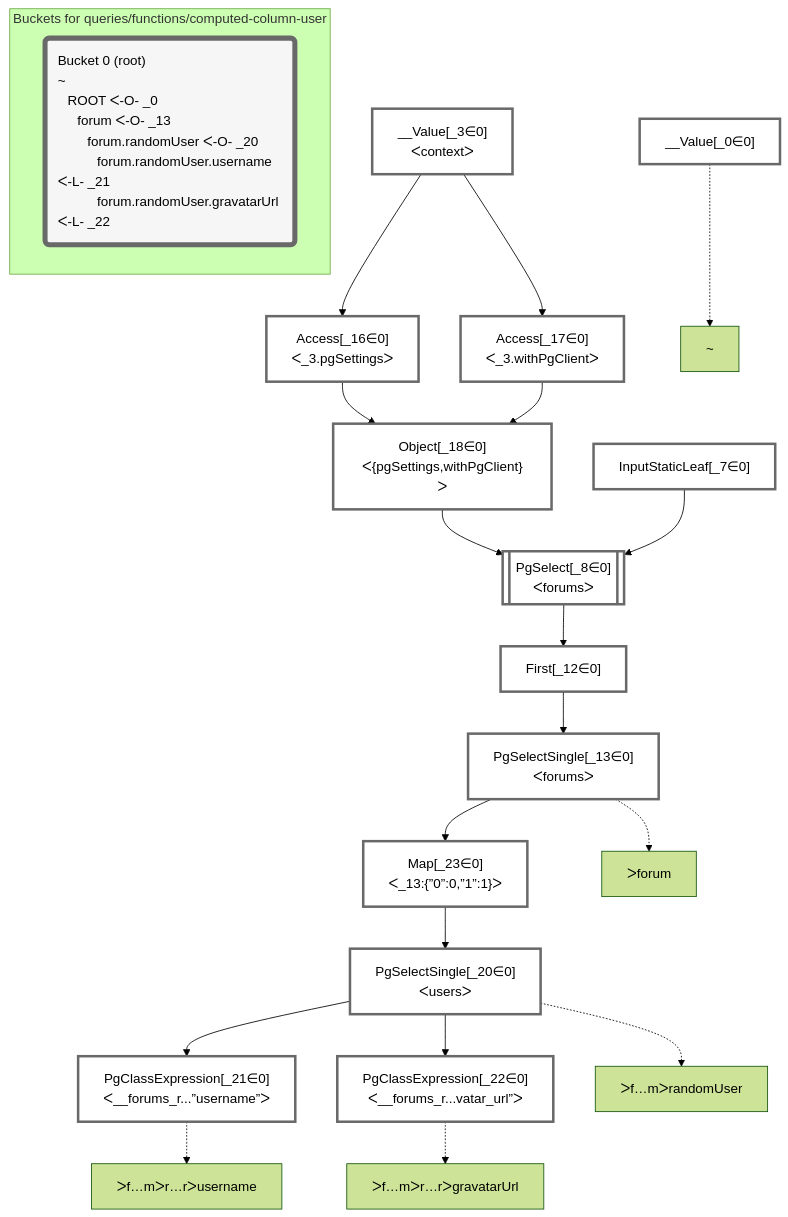
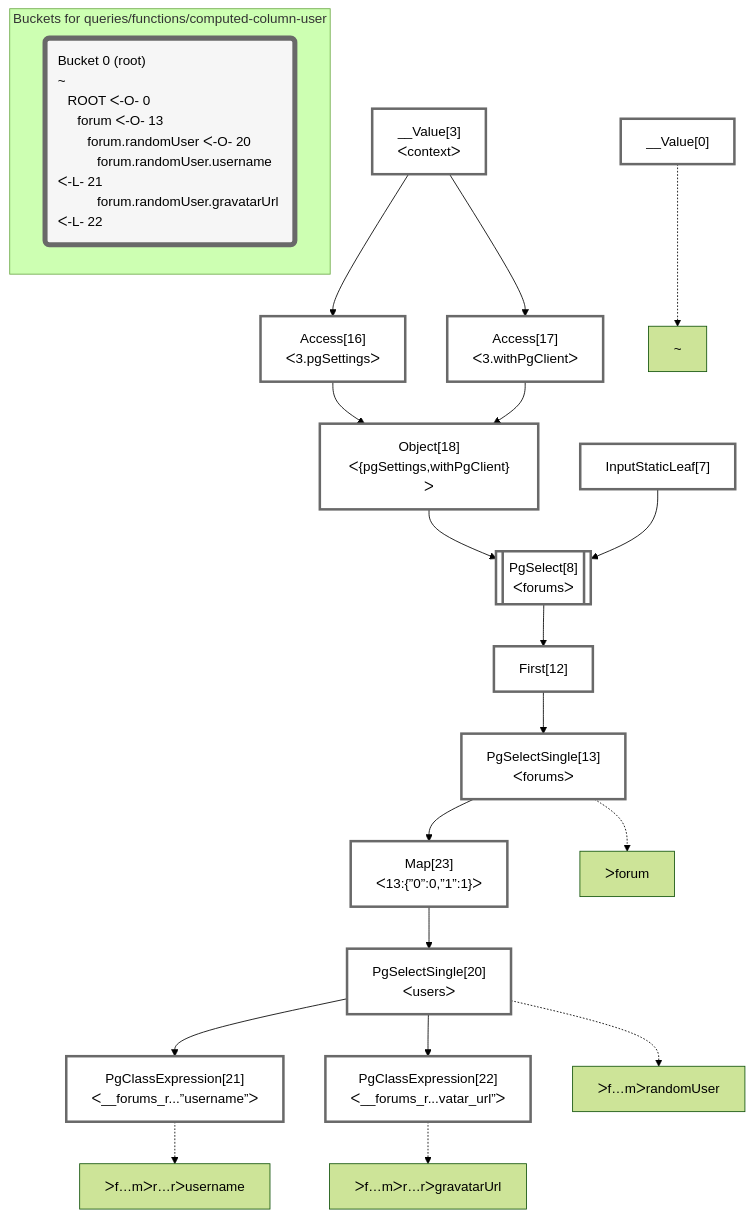
One commit to graphile/crystal changed the diagram in packages/dataplan-pg/__tests__/queries/functions/computed-column-user.mermaid.md. Above: the diagram before and after it, drawn with Mermaid (forest theme). The commit also changed 195 other files, not shown here.

````diff
--- a/packages/dataplan-pg/__tests__/queries/functions/computed-column-user.mermaid.md
+++ b/packages/dataplan-pg/__tests__/queries/functions/computed-column-user.mermaid.md
@@ -1,54 +1,54 @@
 ```mermaid
 graph TD
     classDef path fill:#eee,stroke:#000,color:#000
     classDef plan fill:#fff,stroke-width:3px,color:#000
     classDef itemplan fill:#fff,stroke-width:6px,color:#000
     classDef sideeffectplan fill:#f00,stroke-width:6px,color:#000
     classDef bucket fill:#f6f6f6,color:#000,stroke-width:6px,text-align:left
 
 
     %% define plans
-    __Value_0["__Value[_0∈0]"]:::plan
-    PgClassExpression_21["PgClassExpression[_21∈0]<br />ᐸ__forums_r...”username”ᐳ"]:::plan
-    PgClassExpression_22["PgClassExpression[_22∈0]<br />ᐸ__forums_r...vatar_url”ᐳ"]:::plan
-    PgSelectSingle_20["PgSelectSingle[_20∈0]<br />ᐸusersᐳ"]:::plan
-    Map_23["Map[_23∈0]<br />ᐸ_13:{”0”:0,”1”:1}ᐳ"]:::plan
-    PgSelectSingle_13["PgSelectSingle[_13∈0]<br />ᐸforumsᐳ"]:::plan
-    First_12["First[_12∈0]"]:::plan
-    PgSelect_8[["PgSelect[_8∈0]<br />ᐸforumsᐳ"]]:::plan
-    Object_18["Object[_18∈0]<br />ᐸ{pgSettings,withPgClient}ᐳ"]:::plan
-    Access_16["Access[_16∈0]<br />ᐸ_3.pgSettingsᐳ"]:::plan
-    Access_17["Access[_17∈0]<br />ᐸ_3.withPgClientᐳ"]:::plan
-    __Value_3["__Value[_3∈0]<br />ᐸcontextᐳ"]:::plan
-    InputStaticLeaf_7["InputStaticLeaf[_7∈0]"]:::plan
+    __Value0["__Value[0]"]:::plan
+    PgClassExpression21["PgClassExpression[21]<br />ᐸ__forums_r...”username”ᐳ"]:::plan
+    PgClassExpression22["PgClassExpression[22]<br />ᐸ__forums_r...vatar_url”ᐳ"]:::plan
+    PgSelectSingle20["PgSelectSingle[20]<br />ᐸusersᐳ"]:::plan
+    Map23["Map[23]<br />ᐸ13:{”0”:0,”1”:1}ᐳ"]:::plan
+    PgSelectSingle13["PgSelectSingle[13]<br />ᐸforumsᐳ"]:::plan
+    First12["First[12]"]:::plan
+    PgSelect8[["PgSelect[8]<br />ᐸforumsᐳ"]]:::plan
+    Object18["Object[18]<br />ᐸ{pgSettings,withPgClient}ᐳ"]:::plan
+    Access16["Access[16]<br />ᐸ3.pgSettingsᐳ"]:::plan
+    Access17["Access[17]<br />ᐸ3.withPgClientᐳ"]:::plan
+    __Value3["__Value[3]<br />ᐸcontextᐳ"]:::plan
+    InputStaticLeaf7["InputStaticLeaf[7]"]:::plan
 
     %% plan dependencies
-    PgSelectSingle_20 --> PgClassExpression_21
-    PgSelectSingle_20 --> PgClassExpression_22
-    Map_23 --> PgSelectSingle_20
-    PgSelectSingle_13 --> Map_23
-    First_12 --> PgSelectSingle_13
-    PgSelect_8 --> First_12
-    Object_18 & InputStaticLeaf_7 --> PgSelect_8
-    Access_16 & Access_17 --> Object_18
-    __Value_3 --> Access_16
-    __Value_3 --> Access_17
+    PgSelectSingle20 --> PgClassExpression21
+    PgSelectSingle20 --> PgClassExpression22
+    Map23 --> PgSelectSingle20
+    PgSelectSingle13 --> Map23
+    First12 --> PgSelectSingle13
+    PgSelect8 --> First12
+    Object18 & InputStaticLeaf7 --> PgSelect8
+    Access16 & Access17 --> Object18
+    __Value3 --> Access16
+    __Value3 --> Access17
 
     %% plan-to-path relationships
-    P_0["~"]
-    __Value_0 -.-> P_0
-    P_13["ᐳforum"]
-    PgSelectSingle_13 -.-> P_13
-    P_20["ᐳf…mᐳrandomUser"]
-    PgSelectSingle_20 -.-> P_20
-    P_21["ᐳf…mᐳr…rᐳusername"]
-    PgClassExpression_21 -.-> P_21
-    P_22["ᐳf…mᐳr…rᐳgravatarUrl"]
-    PgClassExpression_22 -.-> P_22
+    P0["~"]
+    __Value0 -.-> P0
+    P13["ᐳforum"]
+    PgSelectSingle13 -.-> P13
+    P20["ᐳf…mᐳrandomUser"]
+    PgSelectSingle20 -.-> P20
+    P21["ᐳf…mᐳr…rᐳusername"]
+    PgClassExpression21 -.-> P21
+    P22["ᐳf…mᐳr…rᐳgravatarUrl"]
+    PgClassExpression22 -.-> P22
 
     subgraph "Buckets for queries/functions/computed-column-user"
-    Bucket0("Bucket 0 (root)<br />~<br />⠀ROOT ᐸ-O- _0<br />⠀⠀forum ᐸ-O- _13<br />⠀⠀⠀forum.randomUser ᐸ-O- _20<br />⠀⠀⠀⠀forum.randomUser.username ᐸ-L- _21<br />⠀⠀⠀⠀forum.randomUser.gravatarUrl ᐸ-L- _22"):::bucket
+    Bucket0("Bucket 0 (root)<br />~<br />⠀ROOT ᐸ-O- 0<br />⠀⠀forum ᐸ-O- 13<br />⠀⠀⠀forum.randomUser ᐸ-O- 20<br />⠀⠀⠀⠀forum.randomUser.username ᐸ-L- 21<br />⠀⠀⠀⠀forum.randomUser.gravatarUrl ᐸ-L- 22"):::bucket
     classDef bucket0 stroke:#696969
-    class Bucket0,__Value_0,__Value_3,InputStaticLeaf_7,PgSelect_8,First_12,PgSelectSingle_13,Access_16,Access_17,Object_18,PgSelectSingle_20,PgClassExpression_21,PgClassExpression_22,Map_23 bucket0
+    class Bucket0,__Value0,__Value3,InputStaticLeaf7,PgSelect8,First12,PgSelectSingle13,Access16,Access17,Object18,PgSelectSingle20,PgClassExpression21,PgClassExpression22,Map23 bucket0
     end
 ```
````
